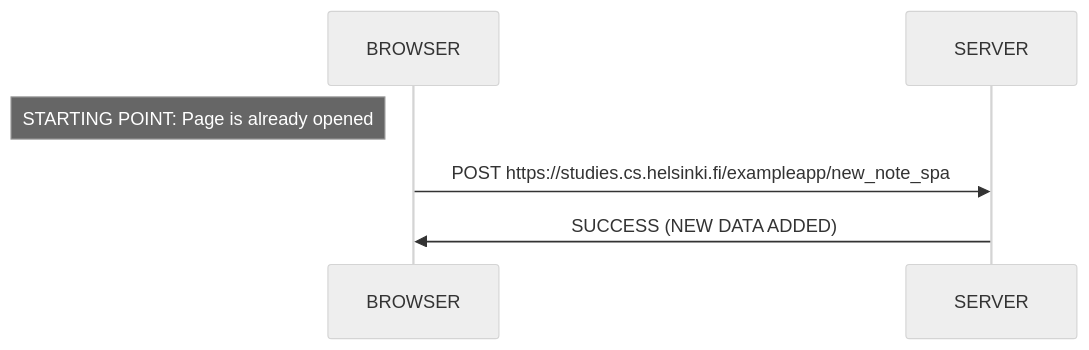
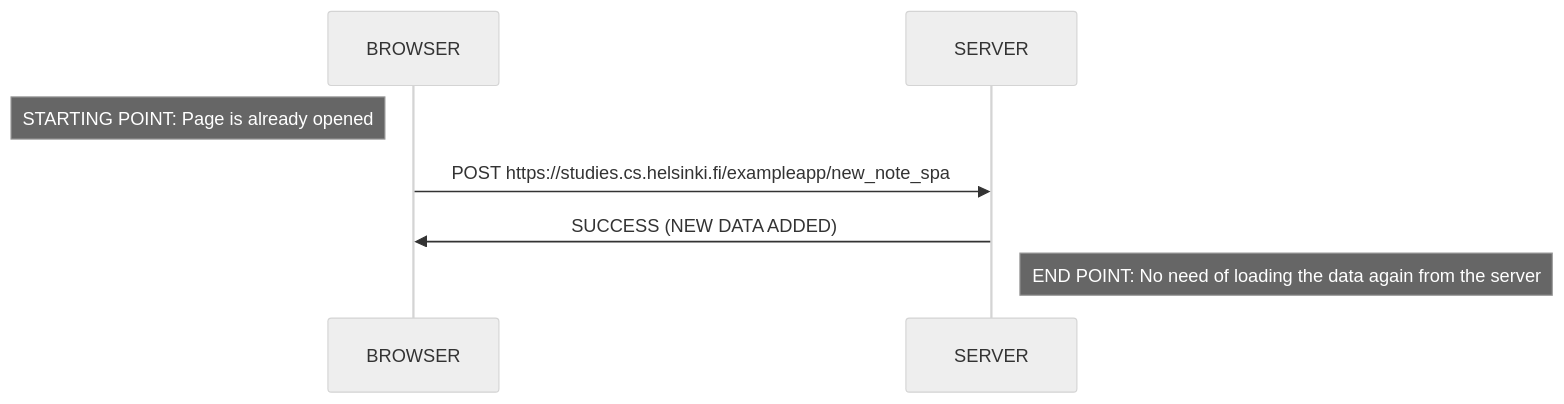
Before and after one commit to tanelimanninen/PORTFOLIO: the diagram in FULLSTACK/part0/E0.6.md, drawn with Mermaid (neutral theme).

````diff
--- a/FULLSTACK/part0/E0.6.md
+++ b/FULLSTACK/part0/E0.6.md
@@ -3,9 +3,10 @@
 ```mermaid
   sequenceDiagram
     participant BROWSER
     participant SERVER
 
     Note left of BROWSER: STARTING POINT: Page is already opened
     BROWSER->>SERVER: POST https://studies.cs.helsinki.fi/exampleapp/new_note_spa
     SERVER->>BROWSER: SUCCESS (NEW DATA ADDED)
+    Note right of SERVER: END POINT: No need of loading the data again from the server
 ```
````
